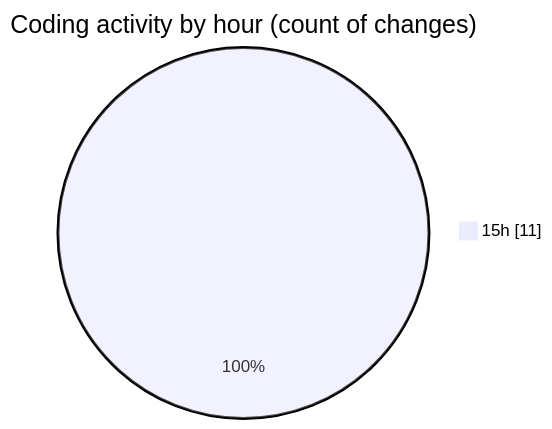
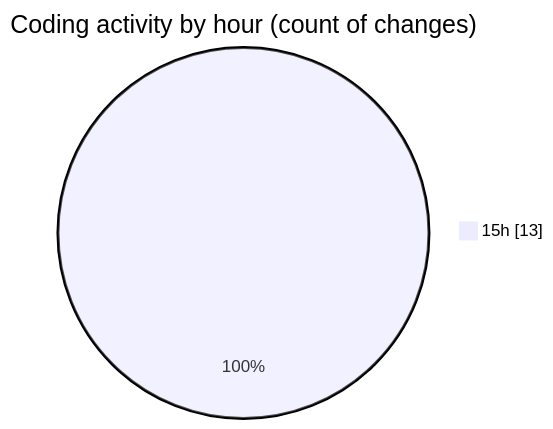
Before and after one commit to mevix1/code-tracking: the second of 2 diagrams in 2025-10-01/oura-api/README.md, drawn with Mermaid. The commit also changed other lines of this file and 1 other file, not shown here.

````diff
--- a/2025-10-01/oura-api/README.md
+++ b/2025-10-01/oura-api/README.md
@@ -30,5 +32,5 @@
 ```mermaid
 pie showData
 title Coding activity by hour (count of changes)
-"15h" : 11
+"15h" : 13
 ```
````
